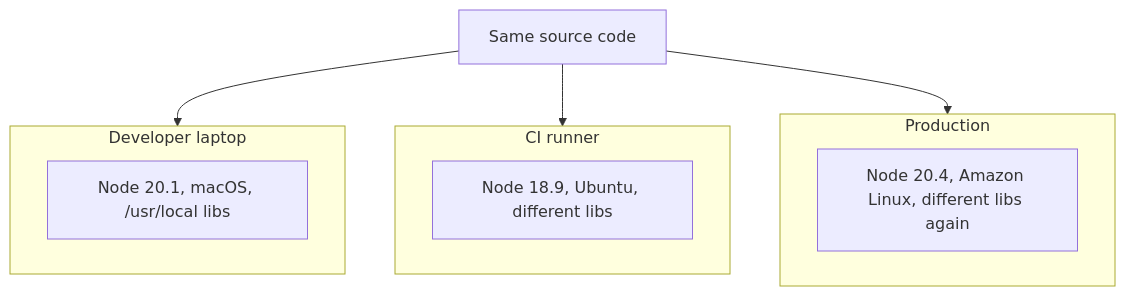
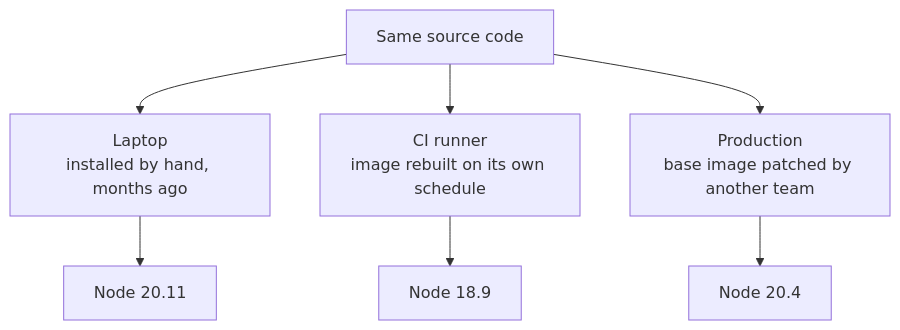
Before and after one commit to francoandreDev/knowledge: the first of 3 diagrams in src/content/infra-delivery/environment-parity/L2-concept.mdx, drawn with Mermaid. The commit also changed other lines of this file and 3 other files, not shown here.

````diff
--- a/src/content/infra-delivery/environment-parity/L2-concept.mdx
+++ b/src/content/infra-delivery/environment-parity/L2-concept.mdx
@@ -46,15 +33,9 @@
 ```mermaid
 flowchart TD
-    subgraph Laptop["Developer laptop"]
-        L1["Node 20.1, macOS, /usr/local libs"]
-    end
-    subgraph CI["CI runner"]
-        C1["Node 18.9, Ubuntu, different libs"]
-    end
-    subgraph Prod["Production"]
-        P1["Node 20.4, Amazon Linux, different libs again"]
-    end
-    Code["Same source code"] --> Laptop
-    Code --> CI
-    Code --> Prod
+    Code["Same source code"] --> Laptop["Laptop<br/>installed by hand, months ago"]
+    Code --> CI["CI runner<br/>image rebuilt on its own schedule"]
+    Code --> Prod["Production<br/>base image patched by another team"]
+    Laptop --> D1["Node 20.11"]
+    CI --> D2["Node 18.9"]
+    Prod --> D3["Node 20.4"]
 ```
````
